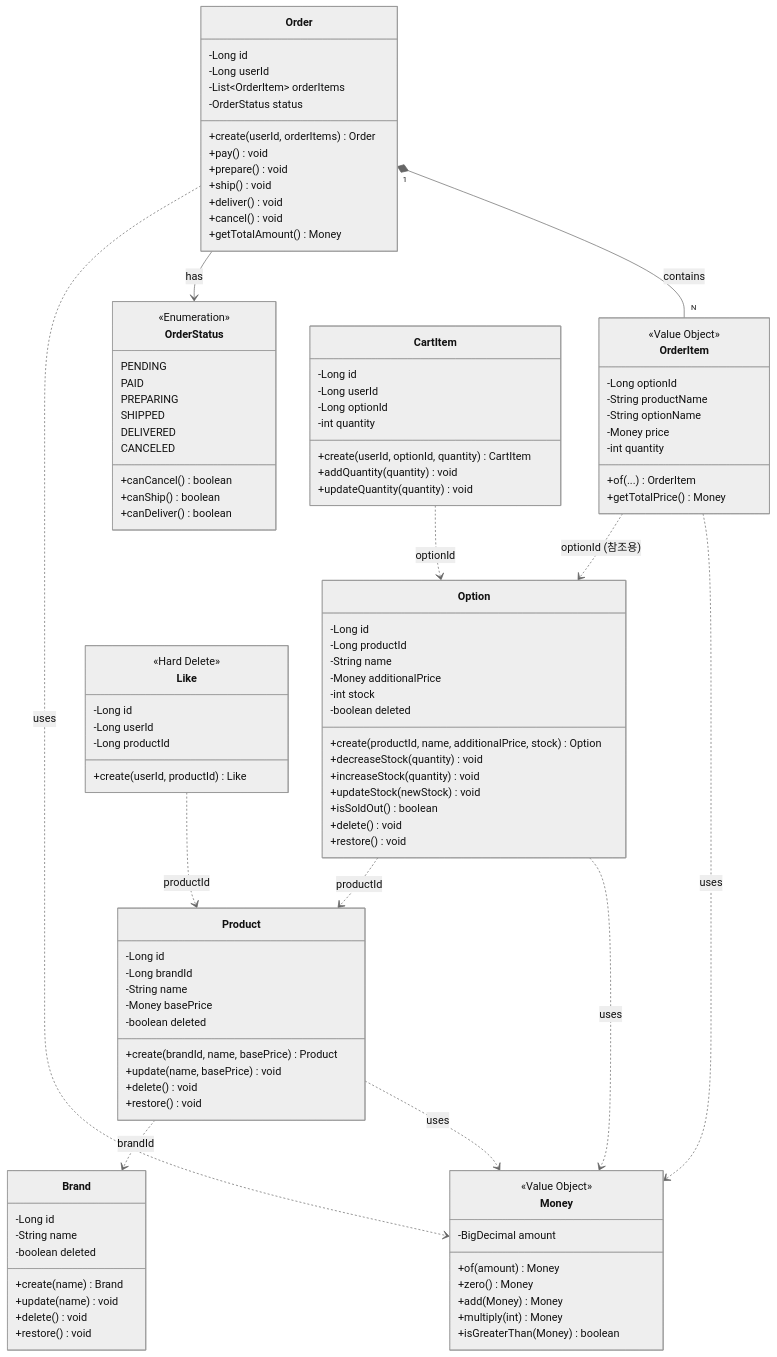
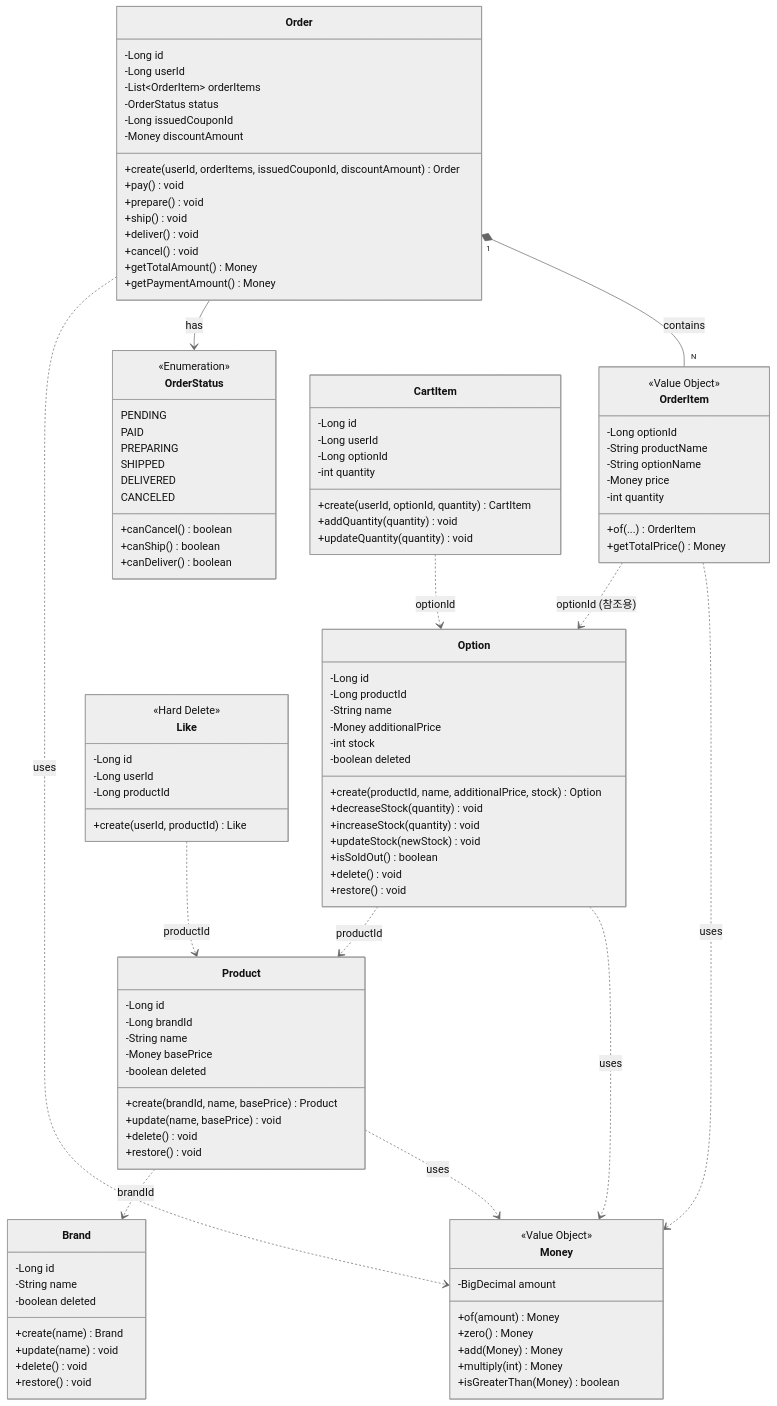
The diagram in docs/design/03-class-diagram.md (Loopers-dev-lab/loop-pack-be-l2-vol3-java), drawn with Mermaid (neutral theme) before and after one commit. The commit also changed 1 other file, not shown here.

Commit message:
docs: 계층 책임 재분배에 따른 설계 문서 갱신
시퀀스 다이어그램의 Facade/AppService 책임 설명 수정,
클래스 다이어그램의 Order 필드 및 시그니처 최신화.

```diff
--- a/docs/design/03-class-diagram.md
+++ b/docs/design/03-class-diagram.md
@@ -30,13 +30,16 @@
         -Long userId
         -List~OrderItem~ orderItems
         -OrderStatus status
-        +create(userId, orderItems) Order
+        -Long issuedCouponId
+        -Money discountAmount
+        +create(userId, orderItems, issuedCouponId, discountAmount) Order
         +pay() void
         +prepare() void
         +ship() void
         +deliver() void
         +cancel() void
         +getTotalAmount() Money
+        +getPaymentAmount() Money
     }
 
     class OrderItem {
```
